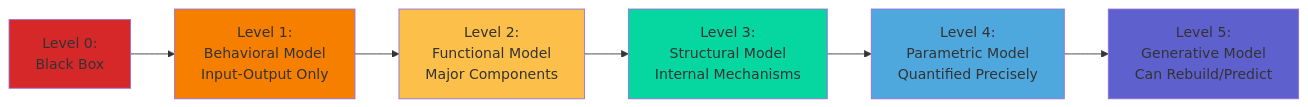
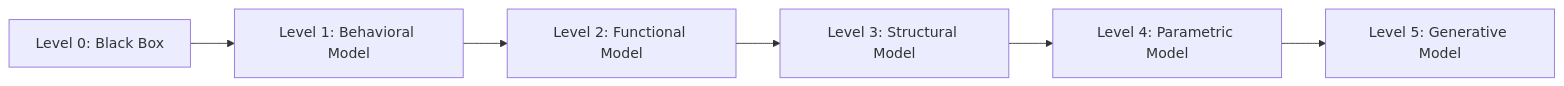
One commit to NikolasMarkou/prompt_collections changed the fourth of 13 diagrams in system_reverse_engineering.md. Above: the diagram before and after it, drawn with Mermaid. The commit also changed other lines of this file, not shown here.

````diff
--- a/system_reverse_engineering.md
+++ b/system_reverse_engineering.md
@@ -217,15 +117,8 @@
-```mermaid
-graph LR
-    A[Level 0:<br/>Black Box] --> B[Level 1:<br/>Behavioral Model<br/>Input-Output Only]
-    B --> C[Level 2:<br/>Functional Model<br/>Major Components]
-    C --> D[Level 3:<br/>Structural Model<br/>Internal Mechanisms]
-    D --> E[Level 4:<br/>Parametric Model<br/>Quantified Precisely]
-    E --> F[Level 5:<br/>Generative Model<br/>Can Rebuild/Predict]
-    
-    style A fill:#d62828
-    style B fill:#f77f00
-    style C fill:#fcbf49
-    style D fill:#06d6a0
-    style E fill:#4ea8de
-    style F fill:#5e60ce
-```
+        ```mermaid
+        graph LR
+            A[Level 0: Black Box] --> B[Level 1: Behavioral Model]
+            B --> C[Level 2: Functional Model]
+            C --> D[Level 3: Structural Model]
+            D --> E[Level 4: Parametric Model]
+            E --> F[Level 5: Generative Model]
+        ```
````
